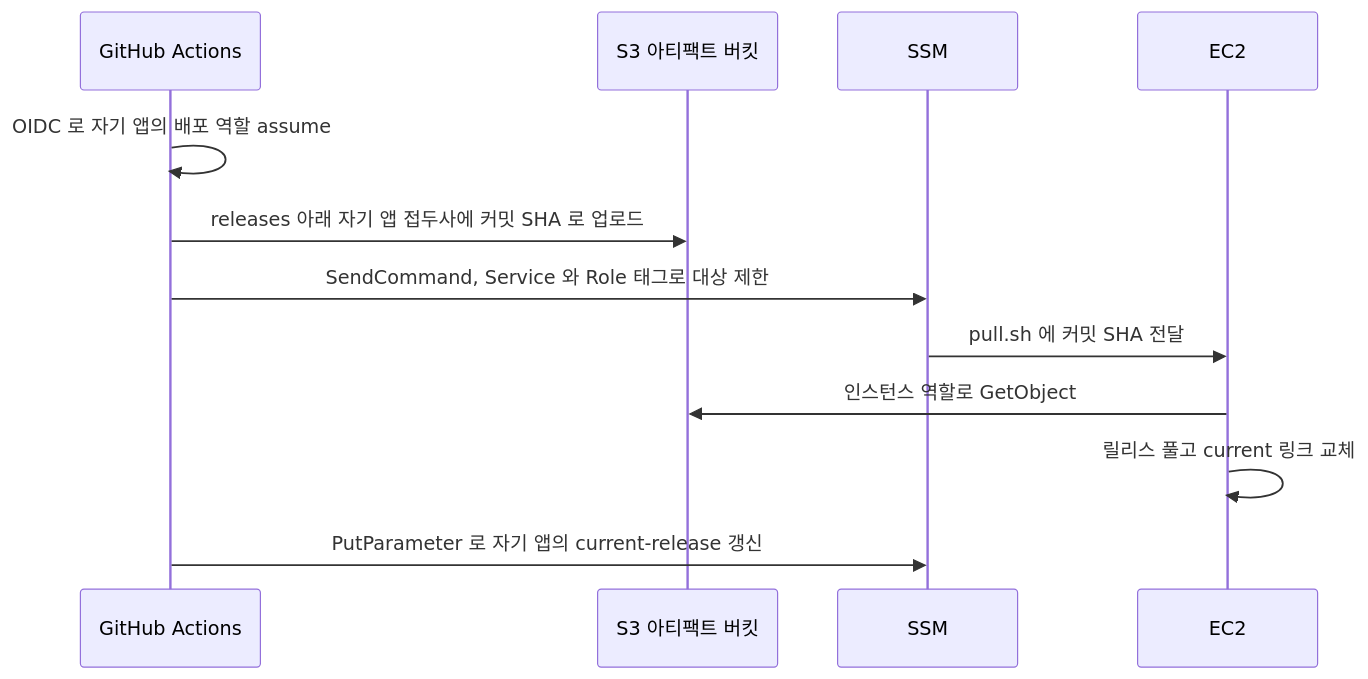
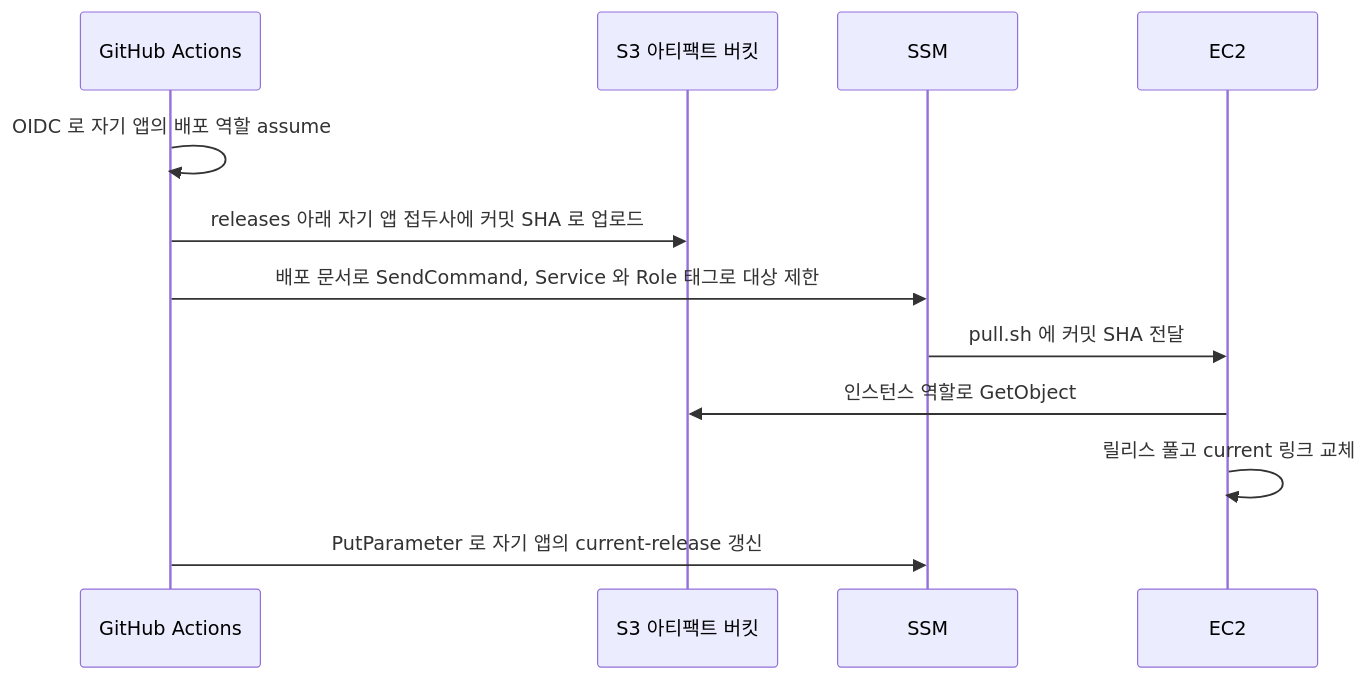
One commit to kintoun-secops/kintoun-infra changed the second of 2 diagrams in docs/modules/platform/service-app.md. Above: the diagram before and after it, drawn with Mermaid. The commit also changed other lines of this file and 3 other files, not shown here.

First line of the commit message:
feat(platform/service-app): 배포를 전용 SSM 문서로 제한합니다

````diff
--- a/docs/modules/platform/service-app.md
+++ b/docs/modules/platform/service-app.md
@@ -54,14 +54,14 @@
 ```mermaid
 sequenceDiagram
     participant GA as GitHub Actions
     participant S3 as S3 아티팩트 버킷
     participant SSM as SSM
     participant EC2 as EC2
     GA->>GA: OIDC 로 자기 앱의 배포 역할 assume
     GA->>S3: releases 아래 자기 앱 접두사에 커밋 SHA 로 업로드
-    GA->>SSM: SendCommand, Service 와 Role 태그로 대상 제한
+    GA->>SSM: 배포 문서로 SendCommand, Service 와 Role 태그로 대상 제한
     SSM->>EC2: pull.sh 에 커밋 SHA 전달
     EC2->>S3: 인스턴스 역할로 GetObject
     EC2->>EC2: 릴리스 풀고 current 링크 교체
     GA->>SSM: PutParameter 로 자기 앱의 current-release 갱신
 ```
````
